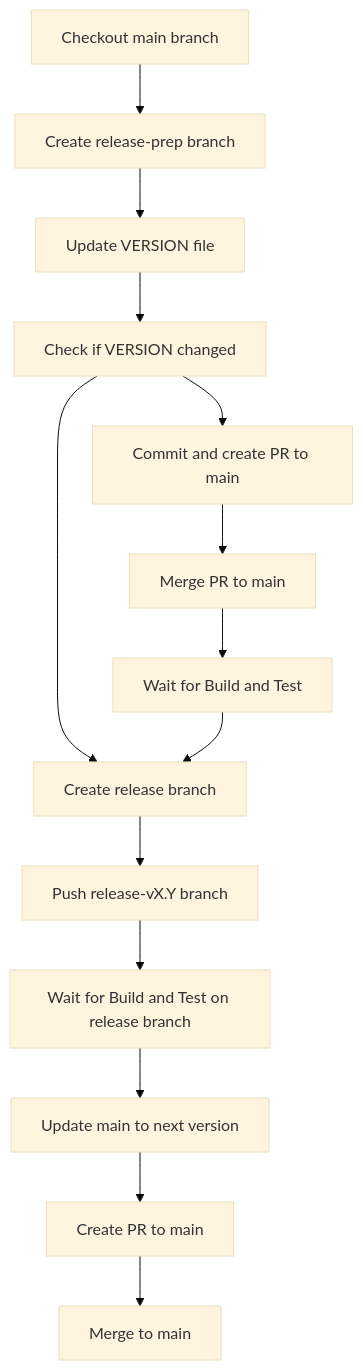
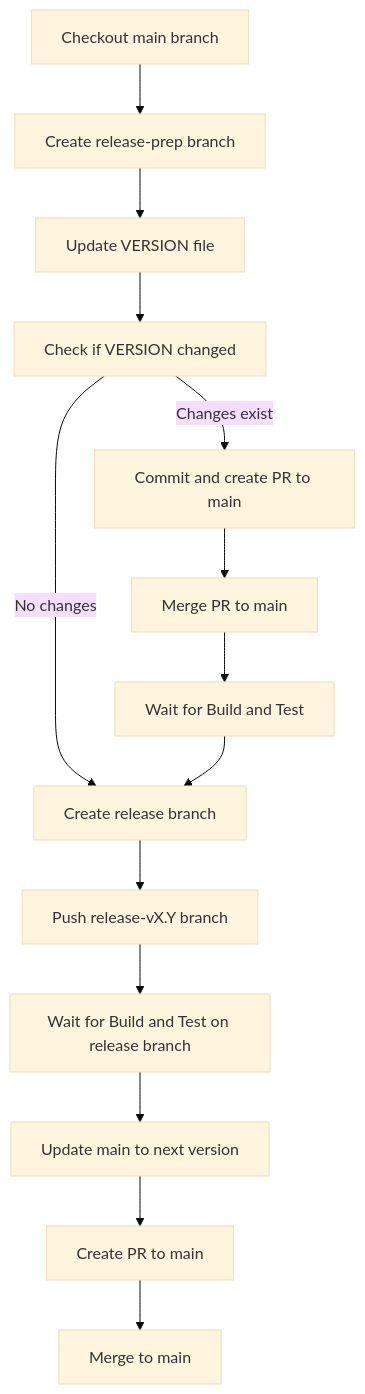
One commit to openchoreo/openchoreo changed the second of 4 diagrams in docs/deepwiki/Release-Process.md. Above: the diagram before and after it, drawn with Mermaid (base theme). The commit also changed other lines of this file and 85 other files, not shown here.

Commit message:
feat: Add new workflow and specification templates, update Helm chart dependencies, and clarify documentation diagrams.

````diff
--- a/docs/deepwiki/Release-Process.md
+++ b/docs/deepwiki/Release-Process.md
@@ -120,31 +120,31 @@
 ```mermaid
 flowchart TD
 
 CheckoutMain["Checkout main branch"]
 CreatePrepBranch["Create release-prep branch"]
 UpdateVersion["Update VERSION file"]
 CheckChanges["Check if VERSION changed"]
 CommitPR["Commit and create PR to main"]
 CreateReleaseBranch["Create release branch"]
 MergePR["Merge PR to main"]
 WaitCI["Wait for Build and Test"]
 PushReleaseBranch["Push release-vX.Y branch"]
 WaitReleaseCI["Wait for Build and Test on release branch"]
 UpdateMainVersion["Update main to next version"]
 CreateMainPR["Create PR to main"]
 MergeMainPR["Merge to main"]
 
 CheckoutMain --> CreatePrepBranch
 CreatePrepBranch --> UpdateVersion
 UpdateVersion --> CheckChanges
-CheckChanges --> CommitPR
-CheckChanges --> CreateReleaseBranch
+CheckChanges -->|"Changes exist"| CommitPR
+CheckChanges -->|"No changes"| CreateReleaseBranch
 CommitPR --> MergePR
 MergePR --> WaitCI
 WaitCI --> CreateReleaseBranch
 CreateReleaseBranch --> PushReleaseBranch
 PushReleaseBranch --> WaitReleaseCI
 WaitReleaseCI --> UpdateMainVersion
 UpdateMainVersion --> CreateMainPR
 CreateMainPR --> MergeMainPR
 ```
````
